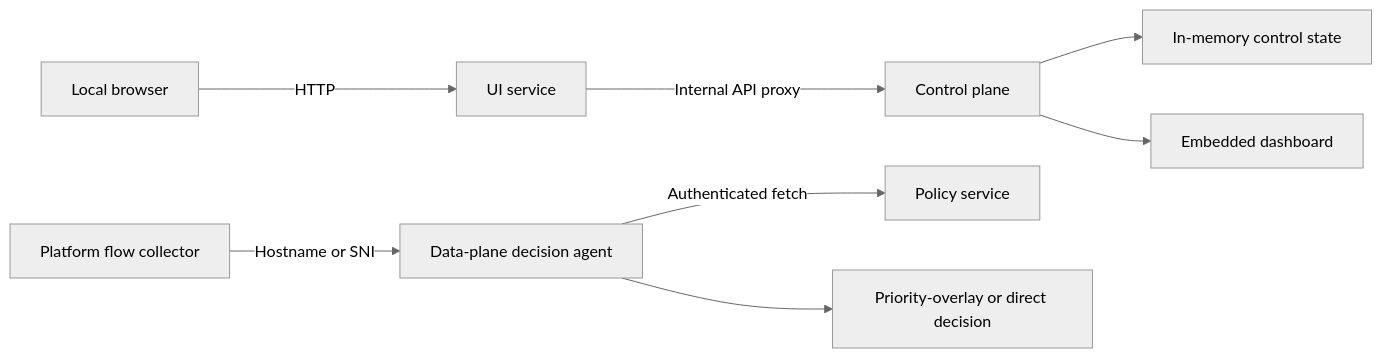
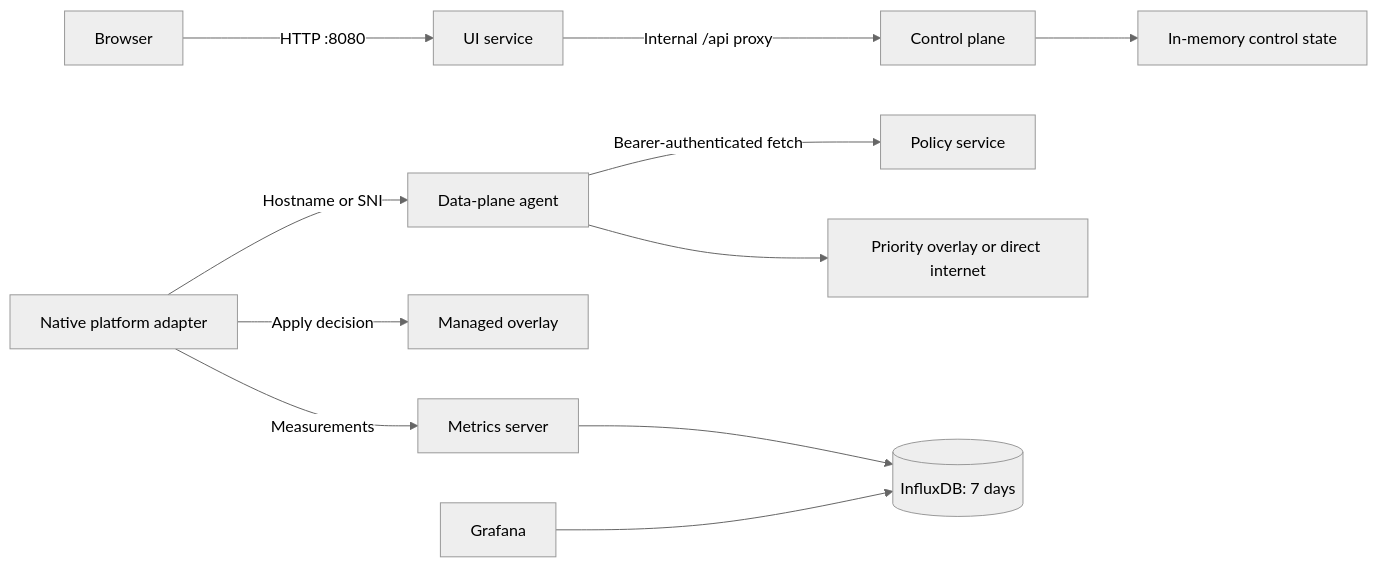
One commit to ranganatha76/sdwan-client-core changed the diagram in DESIGN.md. Above: the diagram before and after it, drawn with Mermaid (neutral theme). The commit also changed other lines of this file and 1 other file, not shown here.

Commit message:
Document architecture and code walkthrough

````diff
--- a/DESIGN.md
+++ b/DESIGN.md
@@ -9,10 +27,13 @@
 ```mermaid
 flowchart LR
-    Browser[Local browser] -->|HTTP| UI[UI service]
-    UI -->|Internal API proxy| Server[Control plane]
-    Server --> State[In-memory control state]
-    Agent[Data-plane decision agent] -->|Authenticated fetch| Policy[Policy service]
-    Collector[Platform flow collector] -->|Hostname or SNI| Agent
-    Agent --> Decision[Priority-overlay or direct decision]
-    Server --> Dashboard[Embedded dashboard]
+    Browser[Browser] -->|HTTP :8080| UI[UI service]
+    UI -->|Internal /api proxy| CP[Control plane]
+    CP --> State[In-memory control state]
+    Native[Native platform adapter] -->|Hostname or SNI| Agent[Data-plane agent]
+    Agent -->|Bearer-authenticated fetch| Policy[Policy service]
+    Agent --> Decision[Priority overlay or direct internet]
+    Native -->|Apply decision| Tunnel[Managed overlay]
+    Native -->|Measurements| Metrics[Metrics server]
+    Metrics --> Influx[(InfluxDB: 7 days)]
+    Grafana[Grafana] --> Influx
 ```
````
